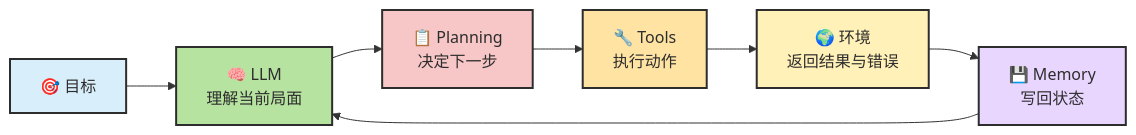
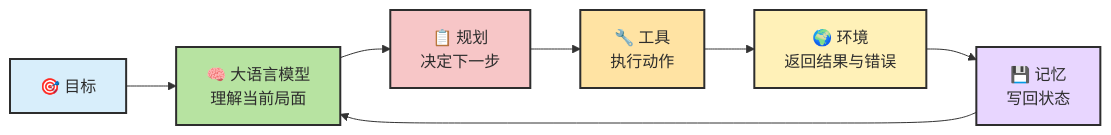
Before and after one commit to zht043/AgenticCodingTutorial: the second of 4 diagrams in docs/chapters/ch08-agent-formula.md, drawn with Mermaid. The commit also changed other lines of this file and 24 other files, not shown here.

````diff
--- a/docs/chapters/ch08-agent-formula.md
+++ b/docs/chapters/ch08-agent-formula.md
@@ -236,11 +75,11 @@
 ```mermaid
 flowchart LR
     classDef goal fill:#d8eefb,stroke:#2d2d2d,stroke-width:2px,color:#2d2d2d
     classDef model fill:#b7e3a1,stroke:#2d2d2d,stroke-width:2px,color:#2d2d2d
     classDef plan fill:#f7c6c7,stroke:#2d2d2d,stroke-width:2px,color:#2d2d2d
     classDef tool fill:#ffe3a3,stroke:#2d2d2d,stroke-width:2px,color:#2d2d2d
     classDef env fill:#fff1b8,stroke:#2d2d2d,stroke-width:2px,color:#2d2d2d
     classDef mem fill:#e8d6ff,stroke:#2d2d2d,stroke-width:2px,color:#2d2d2d
 
-    G["🎯 目标"]:::goal --> L["🧠 LLM<br/>理解当前局面"]:::model --> P["📋 Planning<br/>决定下一步"]:::plan --> T["🔧 Tools<br/>执行动作"]:::tool --> E["🌍 环境<br/>返回结果与错误"]:::env --> M["💾 Memory<br/>写回状态"]:::mem --> L
+    G["🎯 目标"]:::goal --> L["🧠 大语言模型<br/>理解当前局面"]:::model --> P["📋 规划<br/>决定下一步"]:::plan --> T["🔧 工具<br/>执行动作"]:::tool --> E["🌍 环境<br/>返回结果与错误"]:::env --> M["💾 记忆<br/>写回状态"]:::mem --> L
 ```
````
